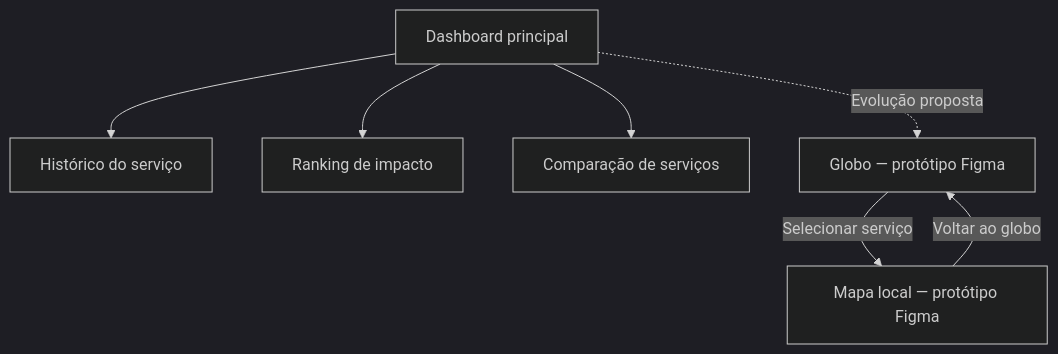
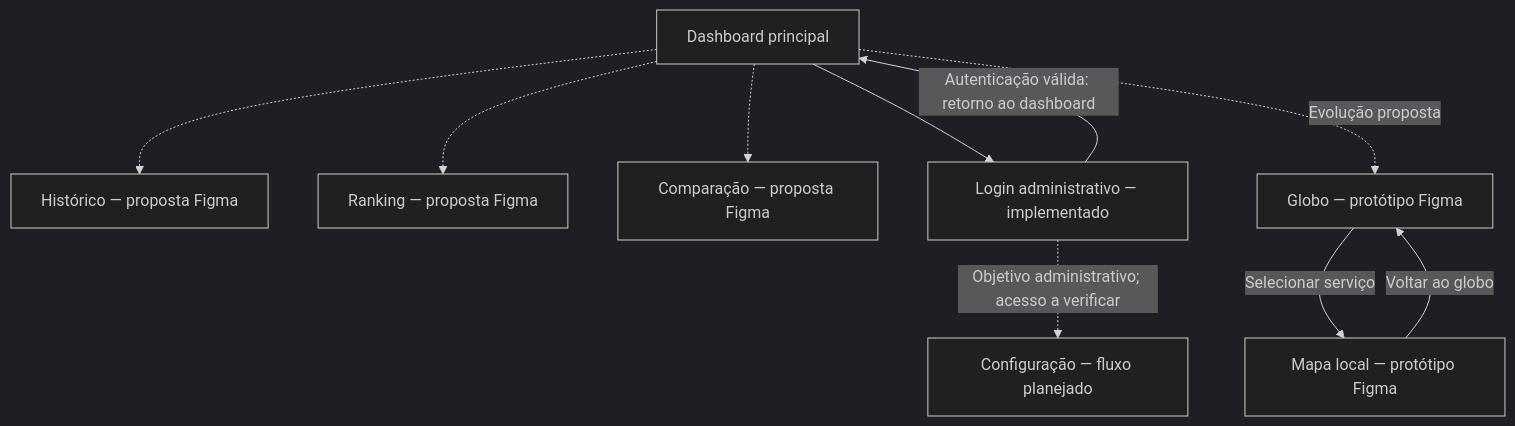
Before and after one commit to abpundefined/3DSM-ABP-UNDEFINED: the diagram in docs/interface.md, drawn with Mermaid (dark theme). The commit also changed other lines of this file, not shown here.

First line of the commit message:
docs: corrige fluxo de navegação e evidências de IHC

````diff
--- a/docs/interface.md
+++ b/docs/interface.md
@@ -56,16 +59,21 @@
 ```mermaid
 flowchart TD
     Dashboard["Dashboard principal"]
-    History["Histórico do serviço"]
-    Ranking["Ranking de impacto"]
-    Compare["Comparação de serviços"]
+    History["Histórico — proposta Figma"]
+    Ranking["Ranking — proposta Figma"]
+    Compare["Comparação — proposta Figma"]
     Globe["Globo — protótipo Figma"]
     Map["Mapa local — protótipo Figma"]
+    Login["Login administrativo — implementado"]
+    Settings["Configuração — fluxo planejado"]
 
-    Dashboard --> History
-    Dashboard --> Ranking
-    Dashboard --> Compare
+    Dashboard --> Login
+    Login -->|"Autenticação válida: retorno ao dashboard"| Dashboard
+    Login -.->|"Objetivo administrativo; acesso a verificar"| Settings
+    Dashboard -.-> History
+    Dashboard -.-> Ranking
+    Dashboard -.-> Compare
     Dashboard -.->|"Evolução proposta"| Globe
     Globe -->|"Selecionar serviço"| Map
     Map -->|"Voltar ao globo"| Globe
 ```
````
